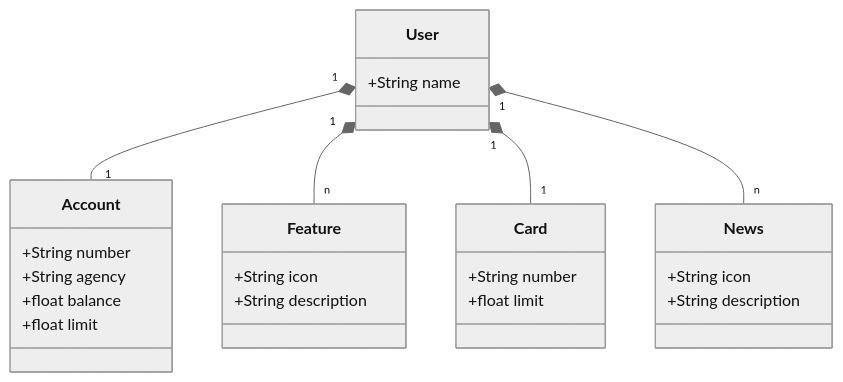
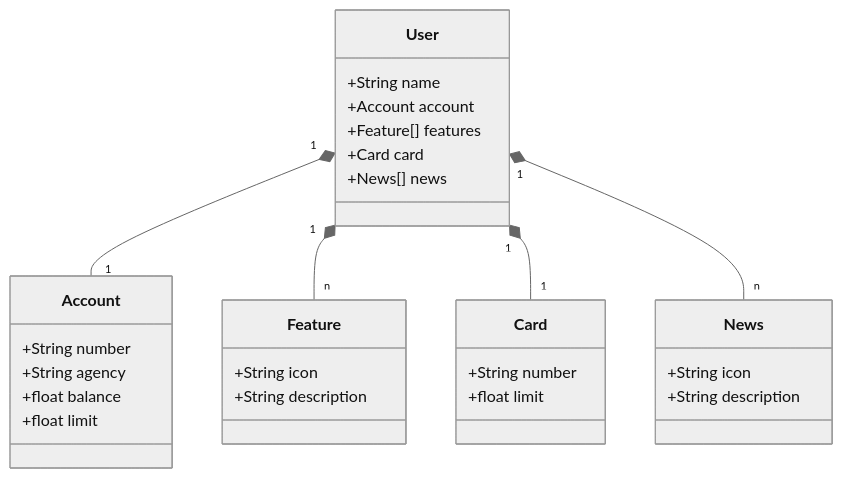
The diagram in README.md (Geovanej7/GFT-DIO-2024), drawn with Mermaid (neutral theme) before and after one commit.

````diff
--- a/README.md
+++ b/README.md
@@ -5,33 +5,37 @@
 ```mermaid
 classDiagram
     class User {
         +String name
+        +Account account
+        +Feature[] features
+        +Card card
+        +News[] news
     }
 
     class Account {
         +String number
         +String agency
         +float balance
         +float limit
     }
 
     class Feature {
         +String icon
         +String description
     }
 
     class Card {
         +String number
         +float limit
     }
 
     class News {
         +String icon
         +String description
     }
 
     User "1" *-- "1" Account
     User "1" *-- "n" Feature
     User "1" *-- "1" Card
     User "1" *-- "n" News
 ```
````
